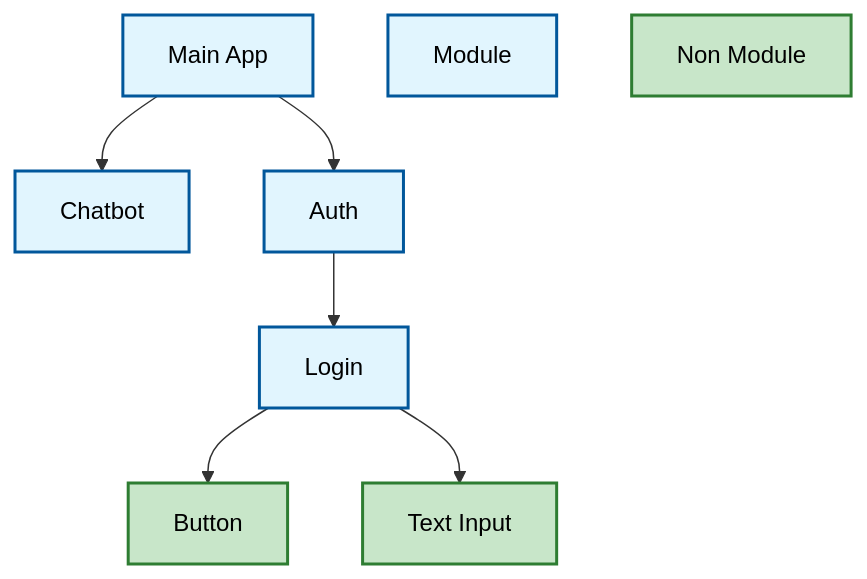
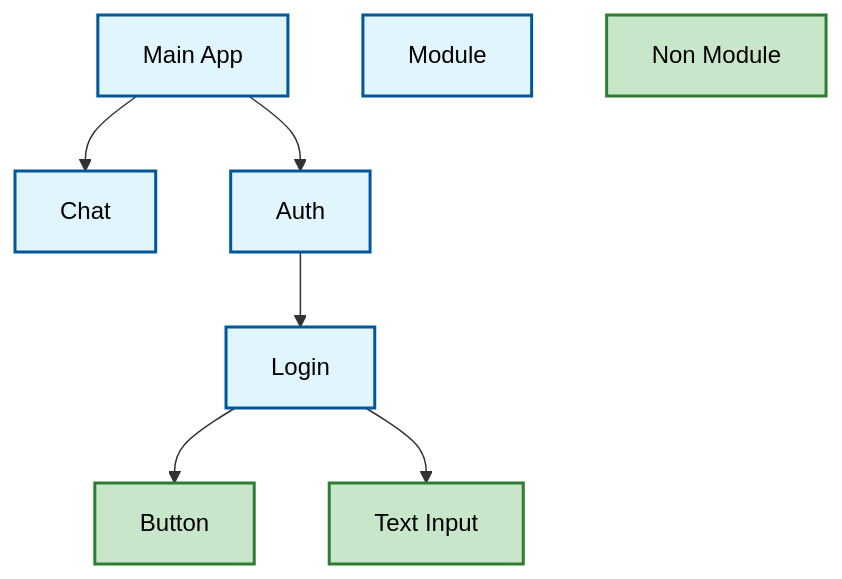
Before and after one commit to modAI-systems/modAI-chat: the diagram in frontend/omni/docs/architecture/core.md, drawn with Mermaid. The commit also changed other lines of this file and 12 other files, not shown here.

Commit message:
feat: refactor chatbot module to chat module and update related components

````diff
--- a/frontend/omni/docs/architecture/core.md
+++ b/frontend/omni/docs/architecture/core.md
@@ -25,21 +25,21 @@
 ```mermaid
 flowchart TD
     classDef module fill:#e1f5fe,stroke:#01579b,stroke-width:2px,color:#000000
     classDef component fill:#c8e6c9,stroke:#2e7d32,stroke-width:2px,color:#000000
 
     MainApp[Main App]:::module
-    ChatModule[Chatbot]:::module
+    ChatModule[Chat]:::module
     AuthModule[Auth]:::module
     Login[Login]:::module
     Button[Button]:::component
     TextInput[Text Input]:::component
 
     Module[Module]:::module
     NonModule[Non Module]:::component
 
     MainApp --> ChatModule
     MainApp --> AuthModule
     AuthModule --> Login
     Login --> Button
     Login --> TextInput
 ```
````
